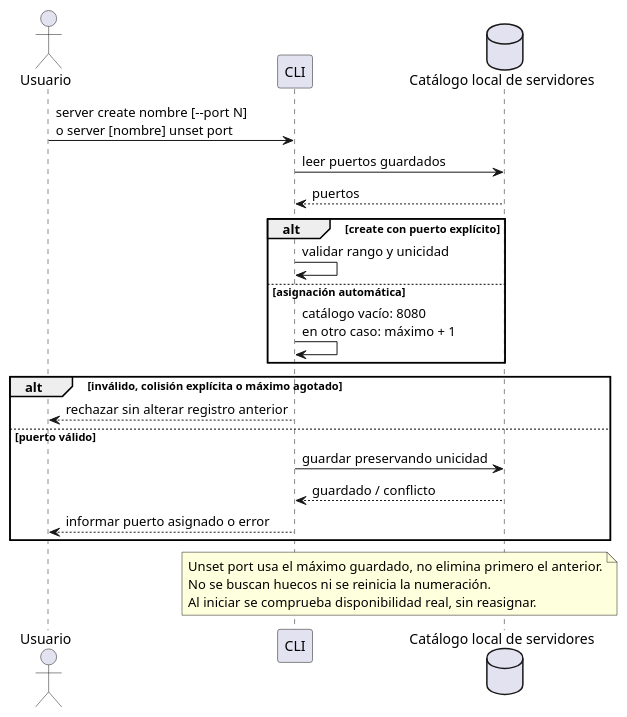
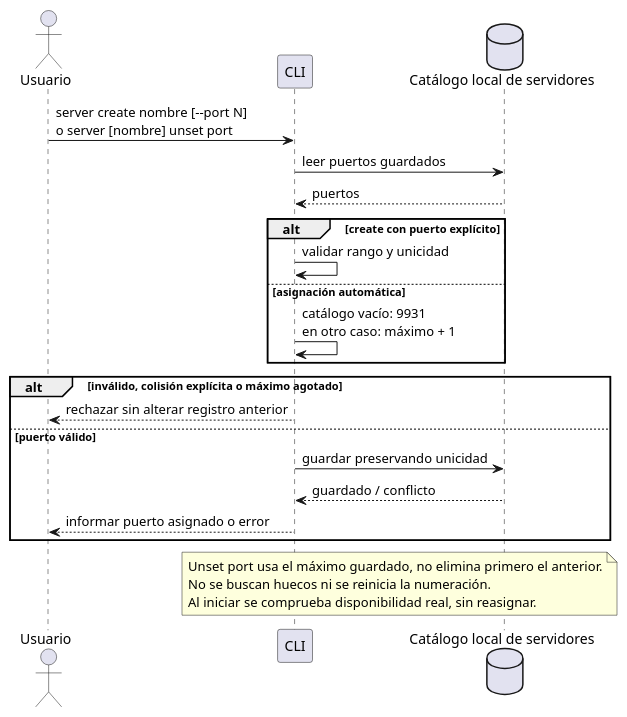
The ninth of 9 diagrams in docs/secuencias.md (mstranich/coquena), drawn with PlantUML before and after one commit. The commit also changed 6 other files, not shown here.

````diff
--- a/docs/secuencias.md
+++ b/docs/secuencias.md
@@ -660,27 +660,27 @@
 ```plantuml
 @startuml
 actor Usuario
 participant CLI
 database "Catálogo local de servidores" as C
 Usuario -> CLI : server create nombre [--port N]\no server [nombre] unset port
 CLI -> C : leer puertos guardados
 C --> CLI : puertos
 alt create con puerto explícito
   CLI -> CLI : validar rango y unicidad
 else asignación automática
-  CLI -> CLI : catálogo vacío: 8080\nen otro caso: máximo + 1
+  CLI -> CLI : catálogo vacío: 9931\nen otro caso: máximo + 1
 end
 alt inválido, colisión explícita o máximo agotado
   CLI --> Usuario : rechazar sin alterar registro anterior
 else puerto válido
   CLI -> C : guardar preservando unicidad
   C --> CLI : guardado / conflicto
   CLI --> Usuario : informar puerto asignado o error
 end
 note over CLI,C
   Unset port usa el máximo guardado, no elimina primero el anterior.
   No se buscan huecos ni se reinicia la numeración.
   Al iniciar se comprueba disponibilidad real, sin reasignar.
 end note
 @enduml
 ```
````
